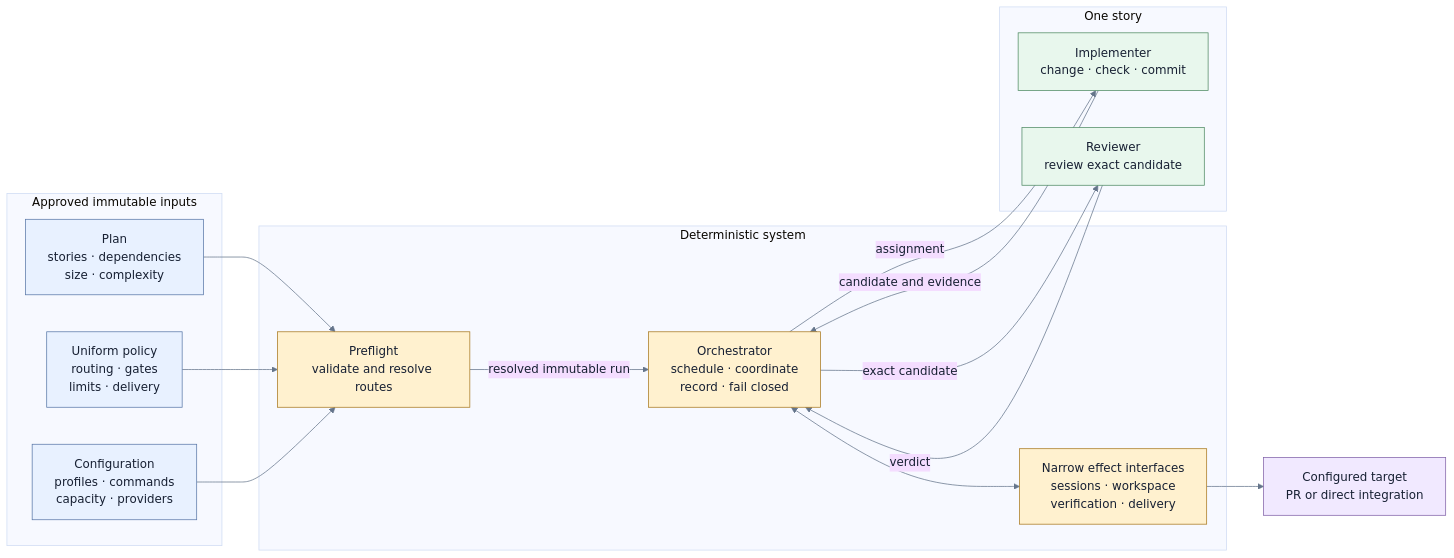
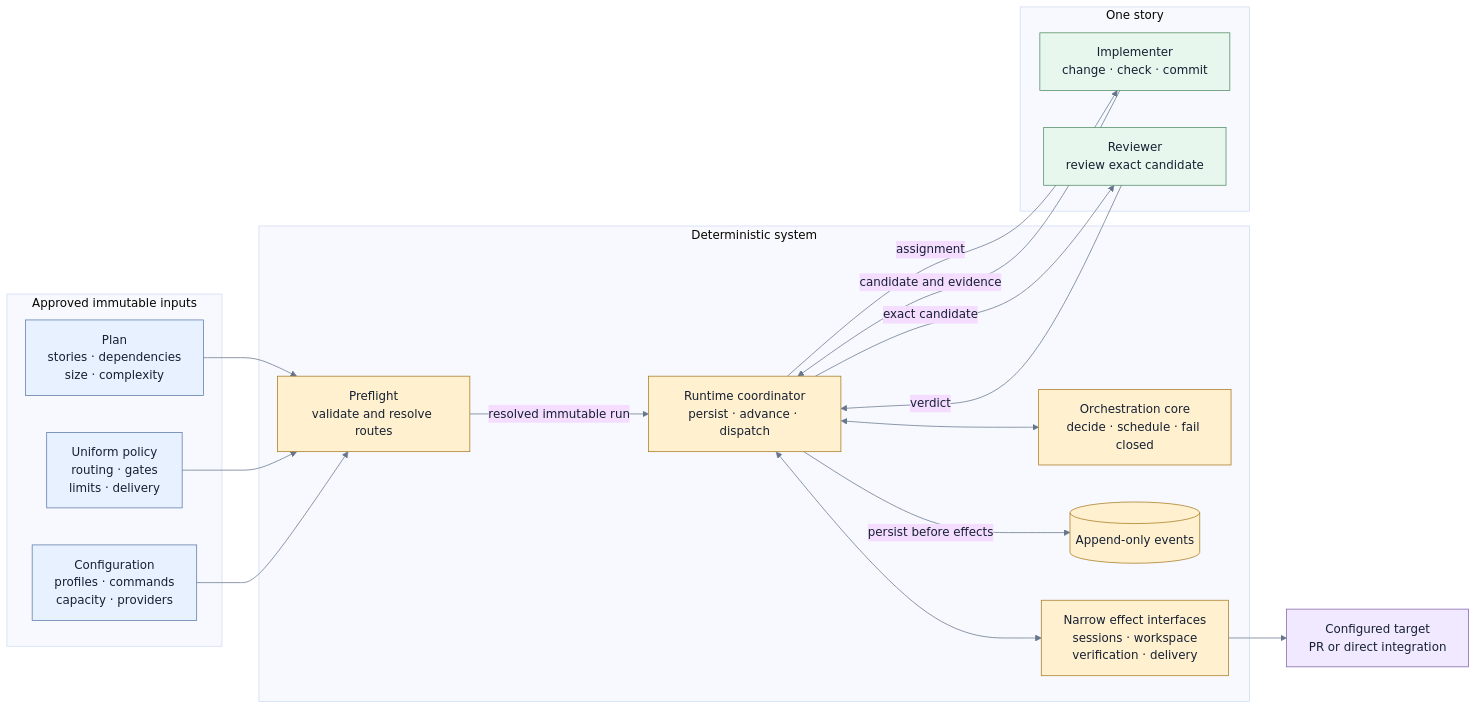
The diagram in docs/design/deterministic-story-orchestration/README.md (agentic-workflow-kit/jig), drawn with Mermaid before and after one commit. The commit also changed other lines of this file and 5 other files, not shown here.

````diff
--- a/docs/design/deterministic-story-orchestration/README.md
+++ b/docs/design/deterministic-story-orchestration/README.md
@@ -109,42 +120,46 @@
 ```mermaid
 %%{init: {"theme": "base", "themeVariables": {"fontFamily": "Inter, ui-sans-serif, system-ui", "primaryTextColor": "#172033", "lineColor": "#65758b"}}}%%
 flowchart LR
     subgraph Upstream["Approved immutable inputs"]
         Plan["Plan<br/>stories · dependencies<br/>size · complexity"]
         Policy["Uniform policy<br/>routing · gates<br/>limits · delivery"]
         Config["Configuration<br/>profiles · commands<br/>capacity · providers"]
     end
 
     subgraph Deterministic["Deterministic system"]
         Preflight["Preflight<br/>validate and resolve routes"]
-        Orchestrator["Orchestrator<br/>schedule · coordinate<br/>record · fail closed"]
+        Runtime["Runtime coordinator<br/>persist · advance · dispatch"]
+        Core["Orchestration core<br/>decide · schedule · fail closed"]
+        Events[("Append-only events")]
         Effects["Narrow effect interfaces<br/>sessions · workspace<br/>verification · delivery"]
     end
 
     subgraph Story["One story"]
         Implementer["Implementer<br/>change · check · commit"]
         Reviewer["Reviewer<br/>review exact candidate"]
     end
 
     Target["Configured target<br/>PR or direct integration"]
 
     Plan --> Preflight
     Policy --> Preflight
     Config --> Preflight
-    Preflight -->|"resolved immutable run"| Orchestrator
-    Orchestrator <--> Effects
-    Orchestrator -->|"assignment"| Implementer
-    Implementer -->|"candidate and evidence"| Orchestrator
-    Orchestrator -->|"exact candidate"| Reviewer
-    Reviewer -->|"verdict"| Orchestrator
+    Preflight -->|"resolved immutable run"| Runtime
+    Runtime <--> Core
+    Runtime -->|"persist before effects"| Events
+    Runtime <--> Effects
+    Runtime -->|"assignment"| Implementer
+    Implementer -->|"candidate and evidence"| Runtime
+    Runtime -->|"exact candidate"| Reviewer
+    Reviewer -->|"verdict"| Runtime
     Effects --> Target
 
     classDef input fill:#e8f1ff,stroke:#5a78a8,color:#172033;
     classDef core fill:#fff1cf,stroke:#a8781f,color:#172033;
     classDef agent fill:#e8f7ed,stroke:#4f8a63,color:#172033;
     classDef target fill:#f1e9ff,stroke:#8061a8,color:#172033;
     class Plan,Policy,Config input;
-    class Preflight,Orchestrator,Effects core;
+    class Preflight,Runtime,Core,Events,Effects core;
     class Implementer,Reviewer agent;
     class Target target;
 ```
````
